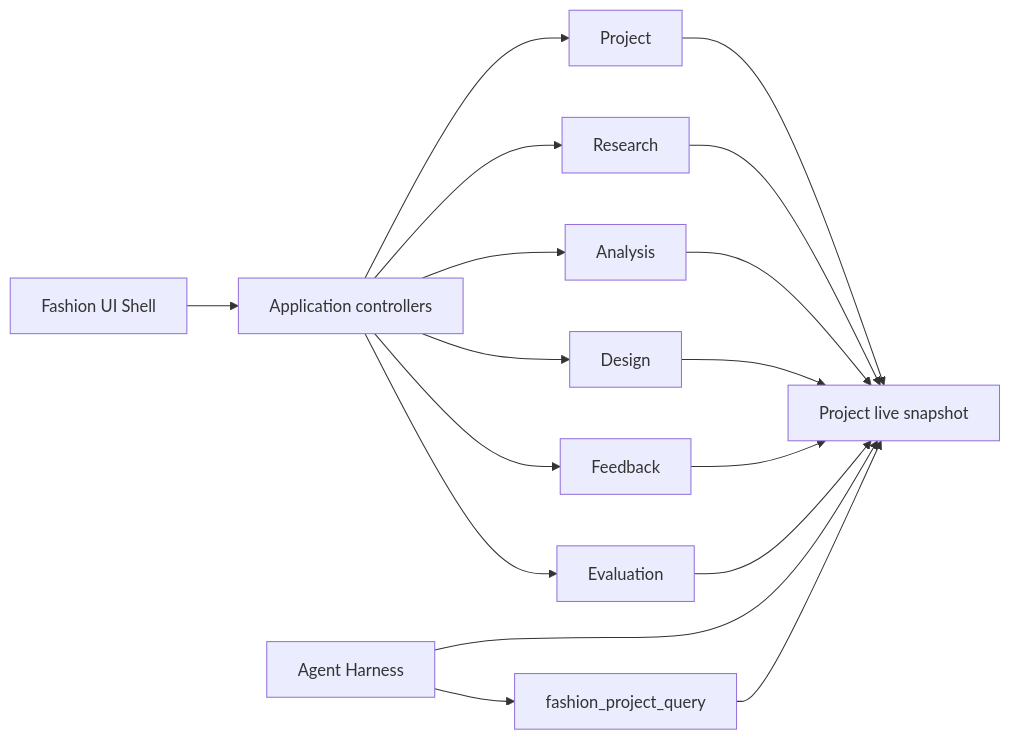
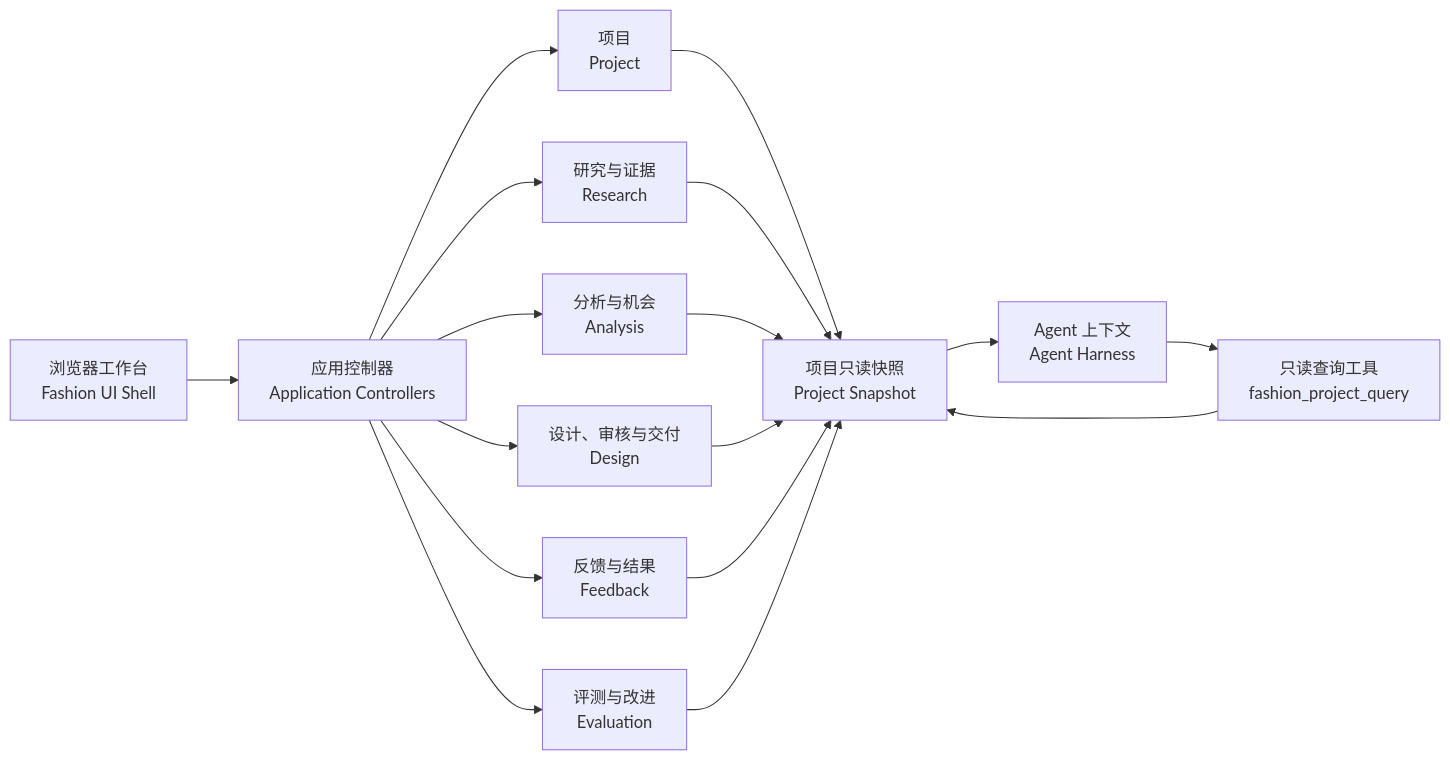
Before and after one commit to gentlexx/fashion-harness: the diagram in docs/fashion/architecture.zh.md, drawn with Mermaid. The commit also changed other lines of this file, not shown here.

Commit message:
docs(portfolio): clarify bilingual system architecture

````diff
--- a/docs/fashion/architecture.zh.md
+++ b/docs/fashion/architecture.zh.md
@@ -9,19 +9,19 @@
 ```mermaid
 flowchart LR
-    UI[Fashion UI Shell] --> C[Application controllers]
-    C --> P[Project]
-    C --> R[Research]
-    C --> A[Analysis]
-    C --> D[Design]
-    C --> F[Feedback]
-    C --> E[Evaluation]
-    H[Agent Harness] --> S[Project live snapshot]
+    UI["浏览器工作台<br/>Fashion UI Shell"] --> C["应用控制器<br/>Application Controllers"]
+    C --> P["项目<br/>Project"]
+    C --> R["研究与证据<br/>Research"]
+    C --> A["分析与机会<br/>Analysis"]
+    C --> D["设计、审核与交付<br/>Design"]
+    C --> F["反馈与结果<br/>Feedback"]
+    C --> E["评测与改进<br/>Evaluation"]
     P --> S
     R --> S
     A --> S
     D --> S
     F --> S
     E --> S
-    H --> Q[fashion_project_query]
+    S["项目只读快照<br/>Project Snapshot"] --> H["Agent 上下文<br/>Agent Harness"]
+    H --> Q["只读查询工具<br/>fashion_project_query"]
     Q --> S
 ```
````
